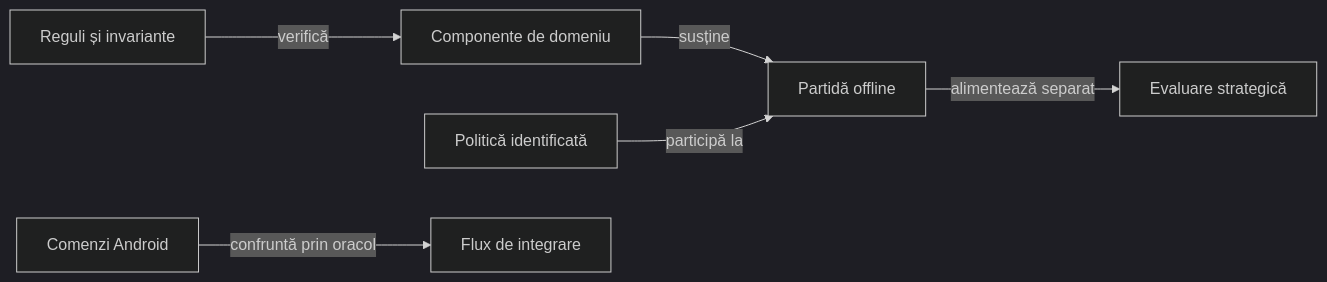
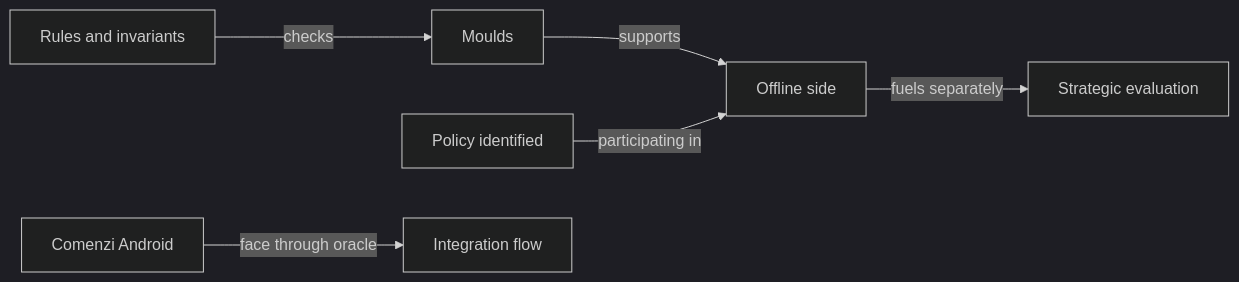
Before and after one commit to crististefanita/atf_j4: the diagram in docs/testing/ATF_Gameplay.md, drawn with Mermaid (dark theme). The commit also changed other lines of this file and 122 other files, not shown here.

````diff
--- a/docs/testing/ATF_Gameplay.md
+++ b/docs/testing/ATF_Gameplay.md
@@ -9,8 +9,8 @@
 ```mermaid
 flowchart LR
-    RULES[Reguli și invariante] -->|verifică| CORE[Componente de domeniu]
-    CORE -->|susține| MATCH[Partidă offline]
-    POLICY[Politică identificată] -->|participă la| MATCH
-    MATCH -->|alimentează separat| EVAL[Evaluare strategică]
-    UI[Comenzi Android] -->|confruntă prin oracol| FLOW[Flux de integrare]
+    RULES[Rules and invariants] -->|checks| CORE[Moulds]
+    CORE -->|supports| MATCH[Offline side]
+    POLICY[Policy identified] -->|participating in| MATCH
+    MATCH -->|fuels separately| EVAL[Strategic evaluation]
+    UI[Comenzi Android] -->|face through oracle| FLOW[Integration flow]
 ```
````
